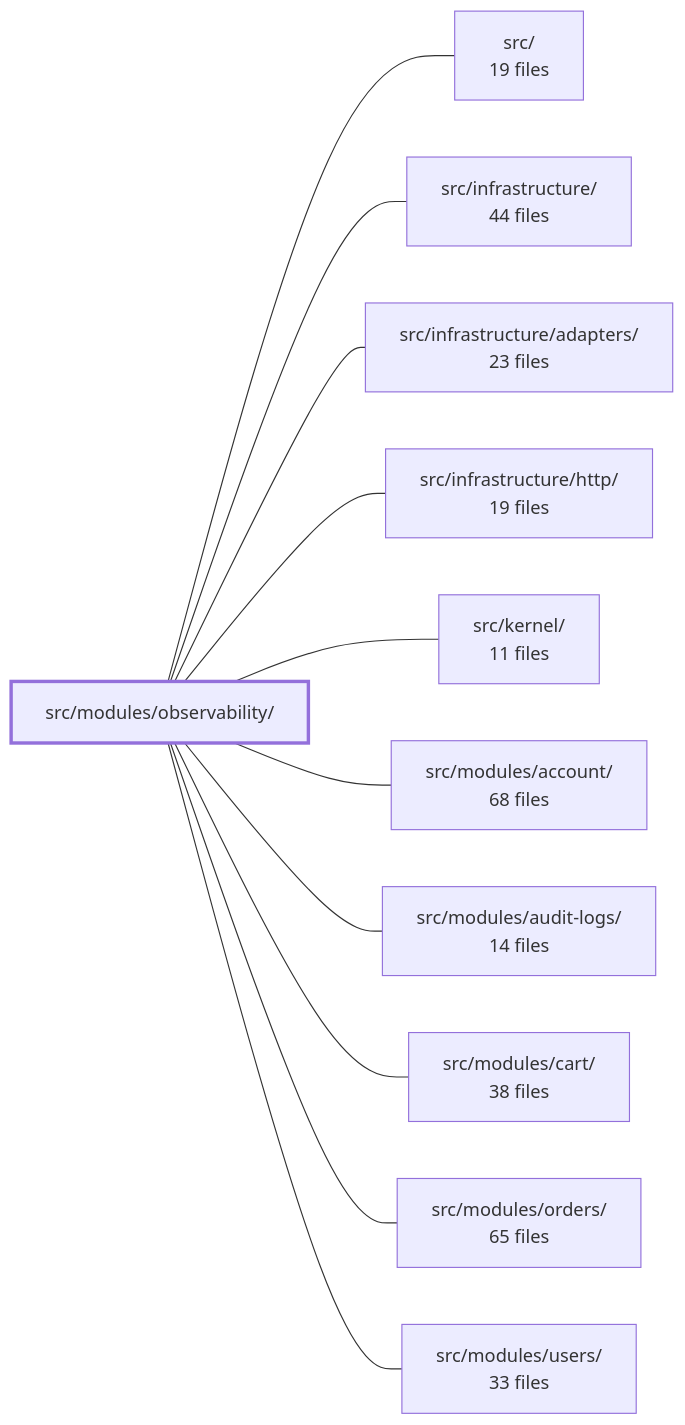
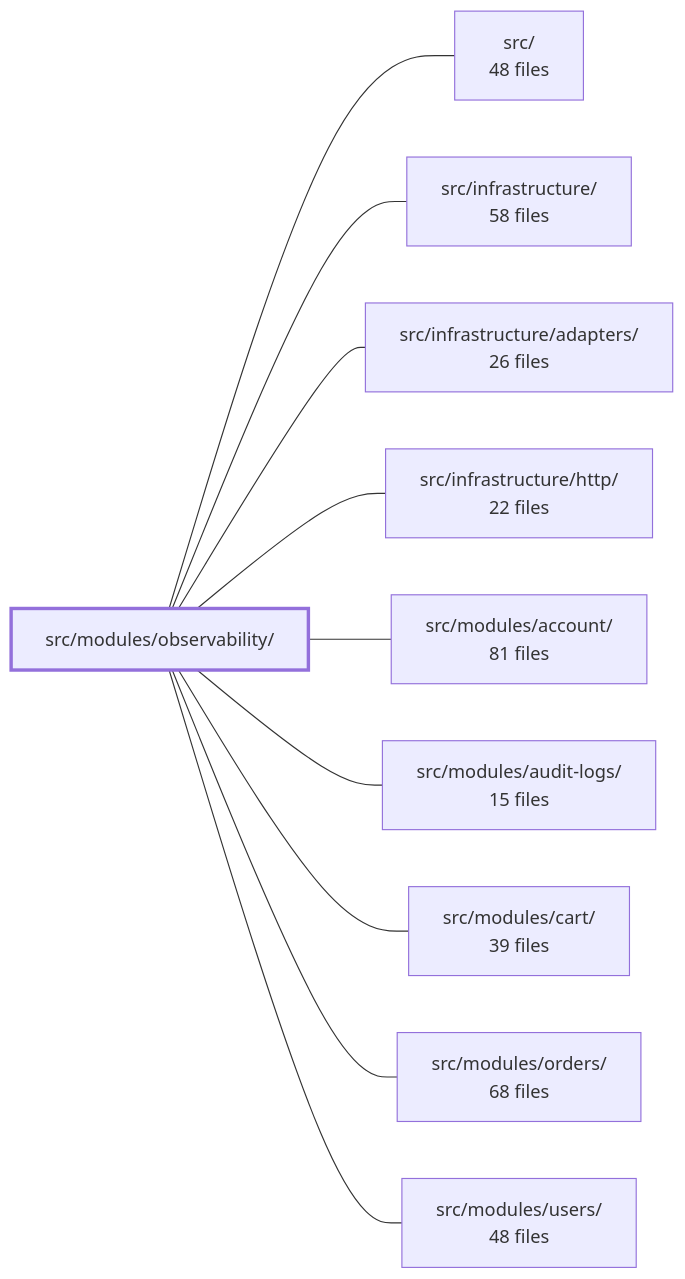
The diagram in .2brain/modules/boilerplate-node-backend_src_modules_observability.md (Guebbit/boilerplate-node-backend), drawn with Mermaid before and after one commit. The commit also changed other lines of this file and 187 other files, not shown here.

````diff
--- a/.2brain/modules/boilerplate-node-backend_src_modules_observability.md
+++ b/.2brain/modules/boilerplate-node-backend_src_modules_observability.md
@@ -48,25 +41,23 @@
 ```mermaid
 flowchart LR
     m_src_modules_observability["src/modules/observability/"]
-    m_src["src/<br/>19 files"]
-    m_src_infrastructure["src/infrastructure/<br/>44 files"]
-    m_src_infrastructure_adapters["src/infrastructure/adapters/<br/>23 files"]
-    m_src_infrastructure_http["src/infrastructure/http/<br/>19 files"]
-    m_src_kernel["src/kernel/<br/>11 files"]
-    m_src_modules_account["src/modules/account/<br/>68 files"]
-    m_src_modules_audit_logs["src/modules/audit-logs/<br/>14 files"]
-    m_src_modules_cart["src/modules/cart/<br/>38 files"]
-    m_src_modules_orders["src/modules/orders/<br/>65 files"]
-    m_src_modules_users["src/modules/users/<br/>33 files"]
+    m_src["src/<br/>48 files"]
+    m_src_infrastructure["src/infrastructure/<br/>58 files"]
+    m_src_infrastructure_adapters["src/infrastructure/adapters/<br/>26 files"]
+    m_src_infrastructure_http["src/infrastructure/http/<br/>22 files"]
+    m_src_modules_account["src/modules/account/<br/>81 files"]
+    m_src_modules_audit_logs["src/modules/audit-logs/<br/>15 files"]
+    m_src_modules_cart["src/modules/cart/<br/>39 files"]
+    m_src_modules_orders["src/modules/orders/<br/>68 files"]
+    m_src_modules_users["src/modules/users/<br/>48 files"]
     m_src_modules_observability --- m_src
     m_src_modules_observability --- m_src_infrastructure
     m_src_modules_observability --- m_src_infrastructure_adapters
     m_src_modules_observability --- m_src_infrastructure_http
-    m_src_modules_observability --- m_src_kernel
     m_src_modules_observability --- m_src_modules_account
     m_src_modules_observability --- m_src_modules_audit_logs
     m_src_modules_observability --- m_src_modules_cart
     m_src_modules_observability --- m_src_modules_orders
     m_src_modules_observability --- m_src_modules_users
     style m_src_modules_observability stroke-width:3px
 ```
````
